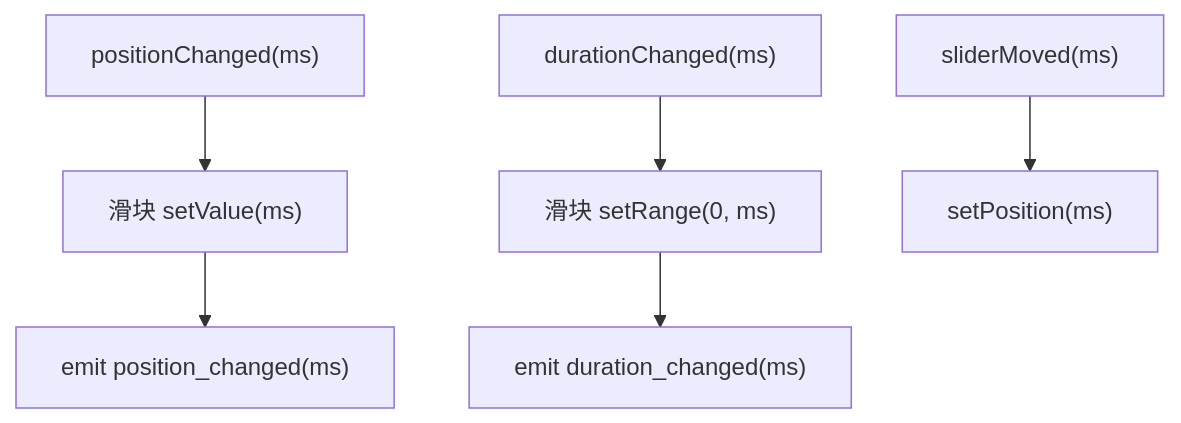
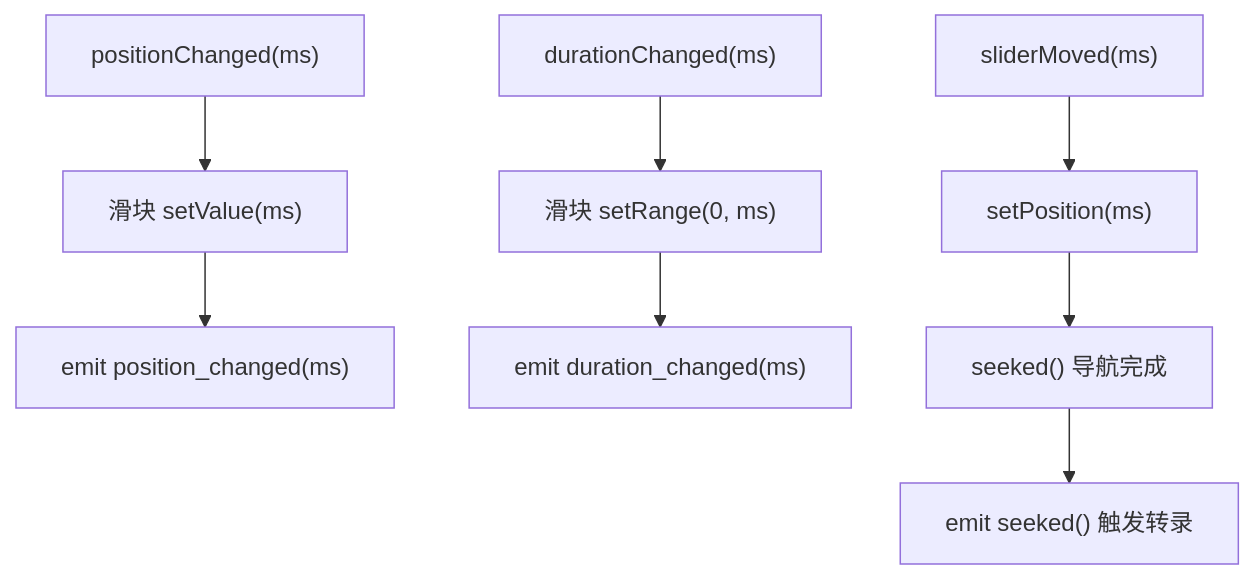
Before and after one commit to boyingliu01/VideoSplitter: the fifth of 7 diagrams in .qoder/repowiki/zh/content/用户界面/视频播放器组件.md, drawn with Mermaid. The commit also changed other lines of this file and 147 other files, not shown here.

````diff
--- a/.qoder/repowiki/zh/content/用户界面/视频播放器组件.md
+++ b/.qoder/repowiki/zh/content/用户界面/视频播放器组件.md
@@ -185,8 +203,10 @@
 ```mermaid
 flowchart TD
 A["positionChanged(ms)"] --> B["滑块 setValue(ms)"]
 B --> C["emit position_changed(ms)"]
 D["durationChanged(ms)"] --> E["滑块 setRange(0, ms)"]
 E --> F["emit duration_changed(ms)"]
 G["sliderMoved(ms)"] --> H["setPosition(ms)"]
+H --> I["seeked() 导航完成"]
+I --> J["emit seeked() 触发转录"]
 ```
````
